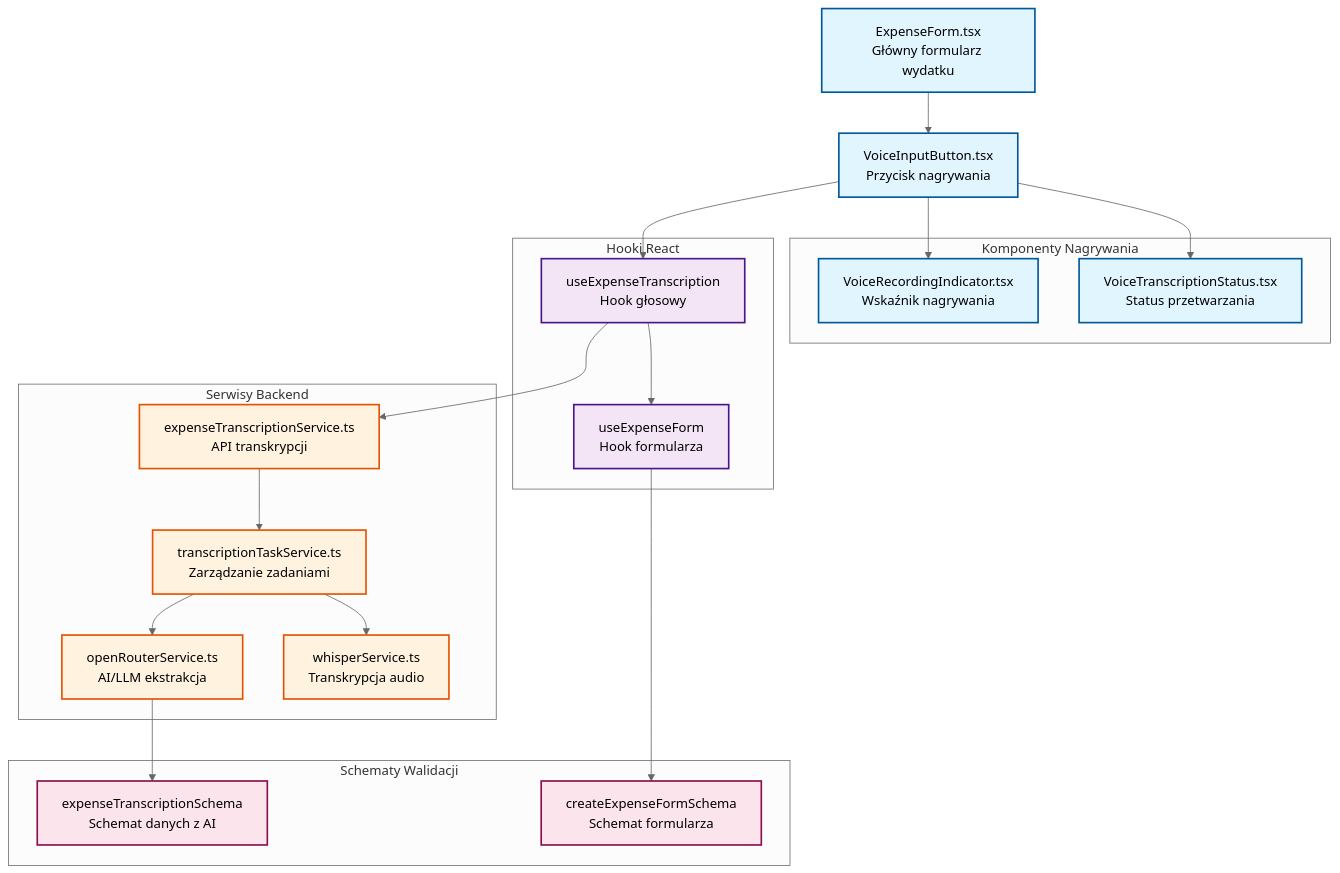
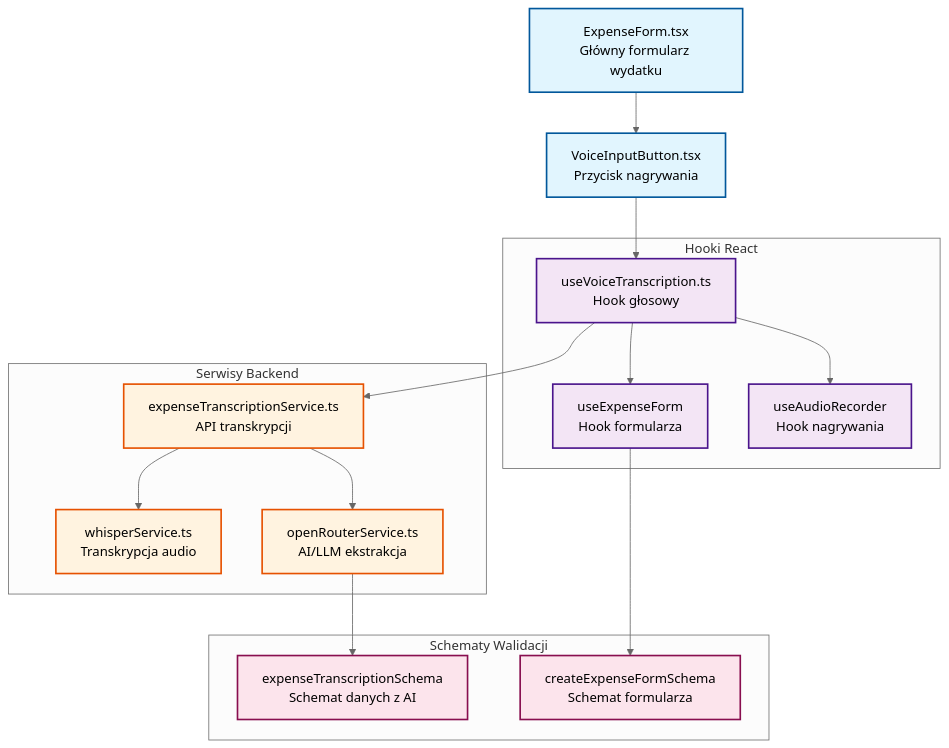
The first of 4 diagrams in .ai/diagrams/voice-expense-flow.md (wojciech-borek/billzilla), drawn with Mermaid (neutral theme) before and after one commit. The commit also changed other lines of this file and 24 other files, not shown here.

````diff
--- a/.ai/diagrams/voice-expense-flow.md
+++ b/.ai/diagrams/voice-expense-flow.md
@@ -5,50 +5,42 @@
 ```mermaid
 flowchart TD
     A["ExpenseForm.tsx<br/>Główny formularz wydatku"] --> B["VoiceInputButton.tsx<br/>Przycisk nagrywania"]
 
-    subgraph "Komponenty Nagrywania"
-        C1["VoiceRecordingIndicator.tsx<br/>Wskaźnik nagrywania"]
-        C2["VoiceTranscriptionStatus.tsx<br/>Status przetwarzania"]
-    end
-
     subgraph "Serwisy Backend"
         D1["expenseTranscriptionService.ts<br/>API transkrypcji"]
-        D2["transcriptionTaskService.ts<br/>Zarządzanie zadaniami"]
+        D2["whisperService.ts<br/>Transkrypcja audio"]
         D3["openRouterService.ts<br/>AI/LLM ekstrakcja"]
-        D4["whisperService.ts<br/>Transkrypcja audio"]
     end
 
     subgraph "Schematy Walidacji"
         E1["expenseTranscriptionSchema<br/>Schemat danych z AI"]
         E2["createExpenseFormSchema<br/>Schemat formularza"]
     end
 
     subgraph "Hooki React"
-        F1["useExpenseTranscription<br/>Hook głosowy"]
+        F1["useVoiceTranscription.ts<br/>Hook głosowy"]
         F2["useExpenseForm<br/>Hook formularza"]
+        F3["useAudioRecorder<br/>Hook nagrywania"]
     end
 
-    B --> C1
-    B --> C2
-
     B --> F1
+    F1 --> F3
     F1 --> D1
     F1 --> F2
 
     D1 --> D2
-    D2 --> D3
-    D2 --> D4
+    D1 --> D3
 
     F2 --> E2
     D3 --> E1
 
     classDef ui fill:#e1f5fe,stroke:#01579b,stroke-width:2px
     classDef services fill:#fff3e0,stroke:#e65100,stroke-width:2px
     classDef validation fill:#fce4ec,stroke:#880e4f,stroke-width:2px
     classDef hooks fill:#f3e5f5,stroke:#4a148c,stroke-width:2px
 
-    class A,B,C1,C2 ui
-    class D1,D2,D3,D4 services
+    class A,B ui
+    class D1,D2,D3 services
     class E1,E2 validation
-    class F1,F2 hooks
+    class F1,F2,F3 hooks
 ```
````
